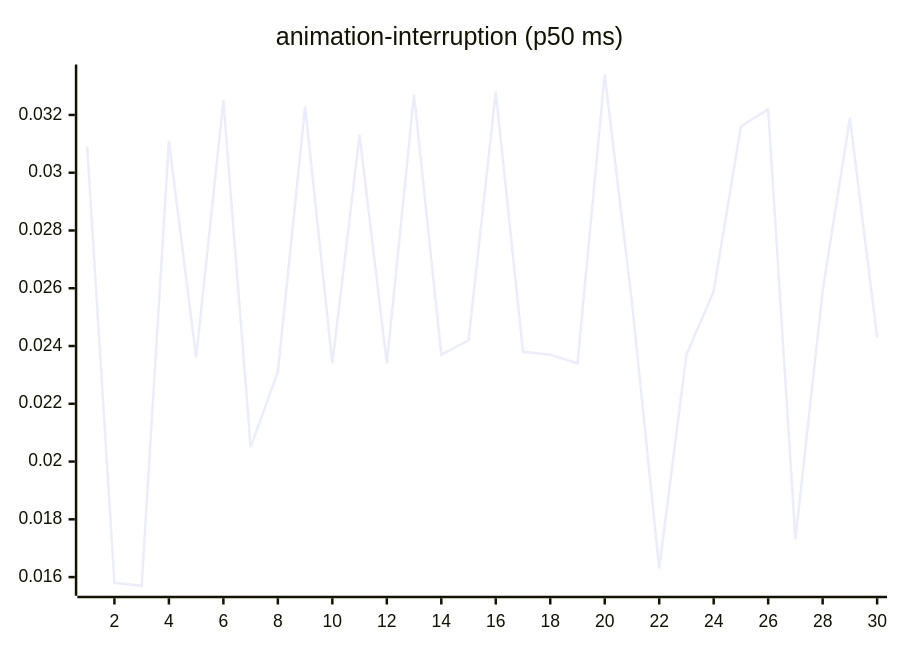
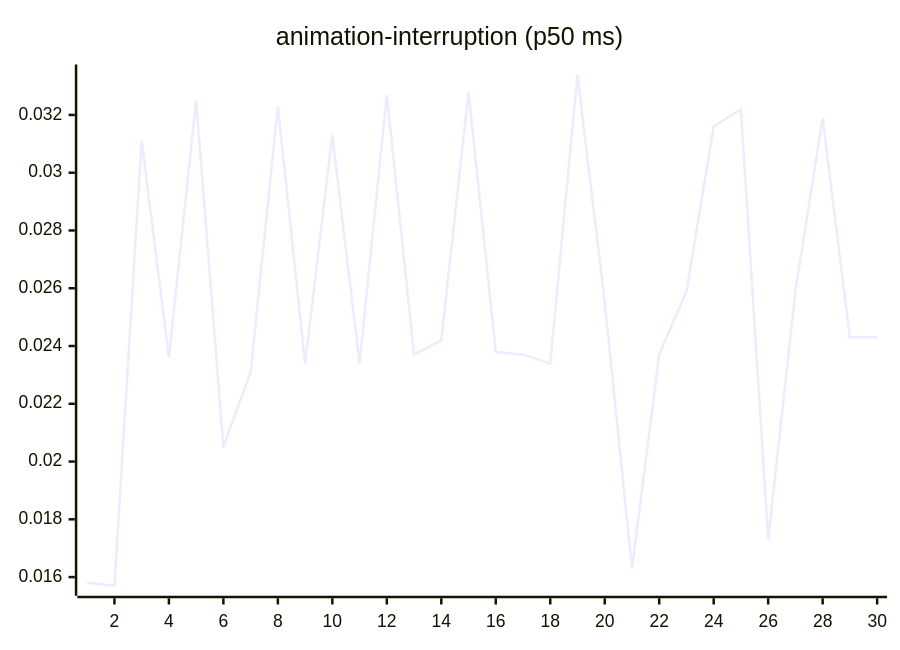
Before and after one commit to josha/Facet: the third of 27 diagrams in README.md, drawn with Mermaid. The commit also changed other lines of this file and 2 other files, not shown here.

````diff
--- a/README.md
+++ b/README.md
@@ -77,6 +77,6 @@
 ```mermaid
 xychart-beta
     title "animation-interruption (p50 ms)"
     x-axis 1 --> 30
-    line [0.0309, 0.0158, 0.0157, 0.0311, 0.0236, 0.0325, 0.0205, 0.0231, 0.0323, 0.0234, 0.0313, 0.0234, 0.0327, 0.0237, 0.0242, 0.0328, 0.0238, 0.0237, 0.0234, 0.0334, 0.0255, 0.0163, 0.0237, 0.0259, 0.0316, 0.0322, 0.0173, 0.0259, 0.0319, 0.0243]
+    line [0.0158, 0.0157, 0.0311, 0.0236, 0.0325, 0.0205, 0.0231, 0.0323, 0.0234, 0.0313, 0.0234, 0.0327, 0.0237, 0.0242, 0.0328, 0.0238, 0.0237, 0.0234, 0.0334, 0.0255, 0.0163, 0.0237, 0.0259, 0.0316, 0.0322, 0.0173, 0.0259, 0.0319, 0.0243, 0.0243]
 ```
````
